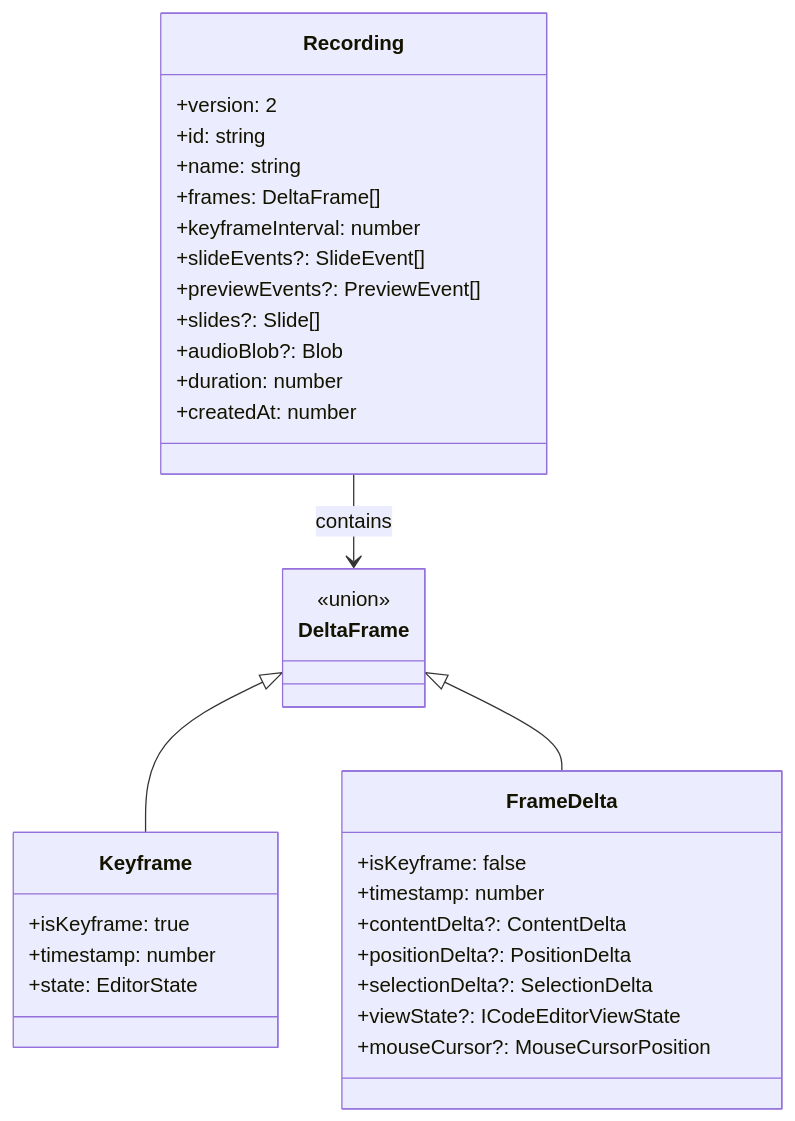
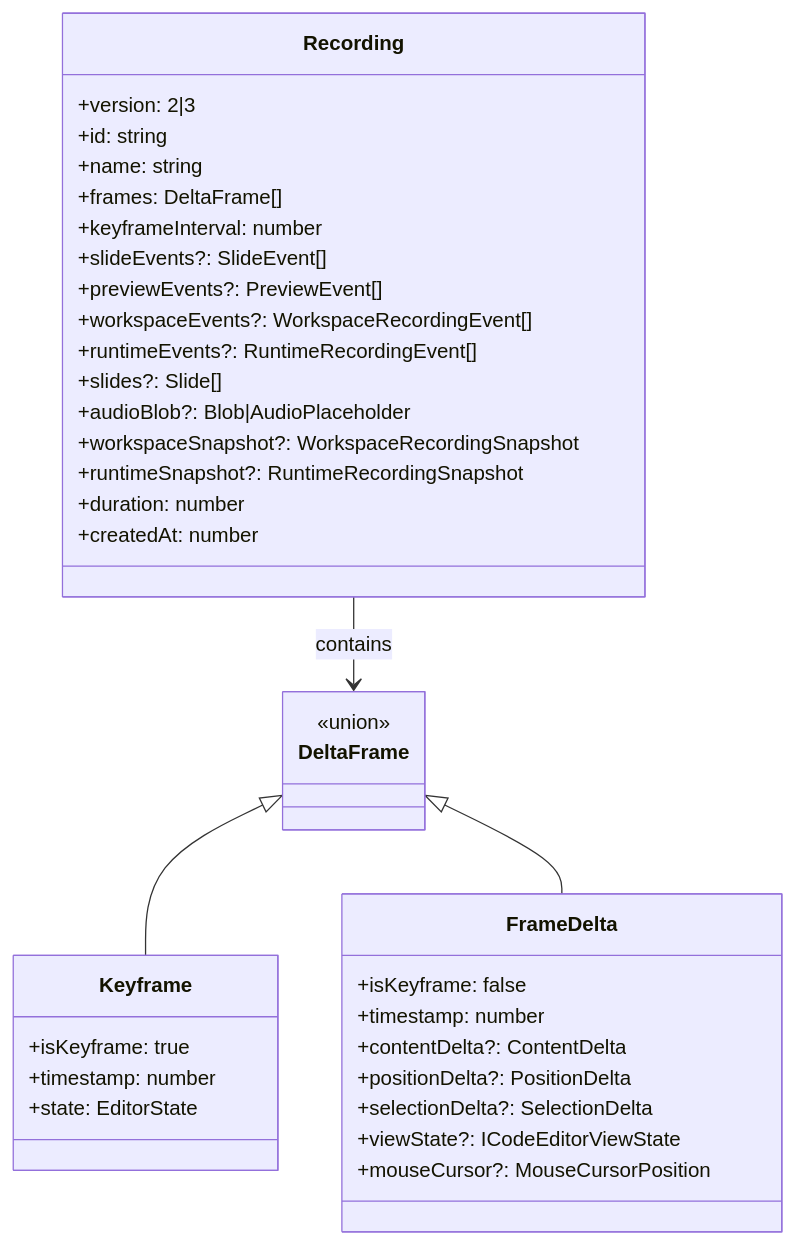
One commit to channyeintun/next-editor changed the second of 6 diagrams in docs/core.md. Above: the diagram before and after it, drawn with Mermaid. The commit also changed other lines of this file and 1 other file, not shown here.

````diff
--- a/docs/core.md
+++ b/docs/core.md
@@ -83,40 +76,44 @@
 ```mermaid
 classDiagram
     class Recording {
-        +version: 2
+        +version: 2|3
         +id: string
         +name: string
         +frames: DeltaFrame[]
         +keyframeInterval: number
         +slideEvents?: SlideEvent[]
         +previewEvents?: PreviewEvent[]
+        +workspaceEvents?: WorkspaceRecordingEvent[]
+        +runtimeEvents?: RuntimeRecordingEvent[]
         +slides?: Slide[]
-        +audioBlob?: Blob
+        +audioBlob?: Blob|AudioPlaceholder
+        +workspaceSnapshot?: WorkspaceRecordingSnapshot
+        +runtimeSnapshot?: RuntimeRecordingSnapshot
         +duration: number
         +createdAt: number
     }
     
     class DeltaFrame {
         <<union>>
     }
     
     class Keyframe {
         +isKeyframe: true
         +timestamp: number
         +state: EditorState
     }
     
     class FrameDelta {
         +isKeyframe: false
         +timestamp: number
         +contentDelta?: ContentDelta
         +positionDelta?: PositionDelta
         +selectionDelta?: SelectionDelta
         +viewState?: ICodeEditorViewState
         +mouseCursor?: MouseCursorPosition
     }
     
     Recording --> DeltaFrame : contains
     DeltaFrame <|-- Keyframe
     DeltaFrame <|-- FrameDelta
 ```
````
